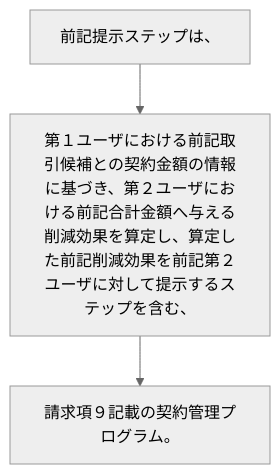
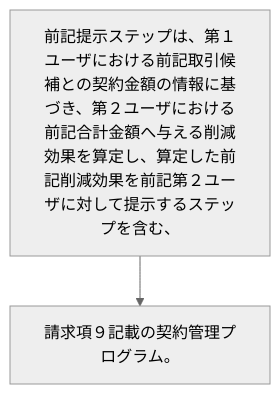
Before and after one commit to shinmori55/patent_analyzed: the diagram in 2024/JP2024014095A/claim_10/README.md, drawn with Mermaid (neutral theme). The commit also changed 336 other files, not shown here.

````diff
--- a/2024/JP2024014095A/claim_10/README.md
+++ b/2024/JP2024014095A/claim_10/README.md
@@ -3,8 +3,6 @@
 ```mermaid
 flowchart TD
-A[前記提示ステップは、]
-B[第１ユーザにおける前記取引候補との契約金額の情報に基づき、第２ユーザにおける前記合計金額へ与える削減効果を算定し、算定した前記削減効果を前記第２ユーザに対して提示するステップを含む、]
-C[請求項９記載の契約管理プログラム。]
+A[前記提示ステップは、第１ユーザにおける前記取引候補との契約金額の情報に基づき、第２ユーザにおける前記合計金額へ与える削減効果を算定し、算定した前記削減効果を前記第２ユーザに対して提示するステップを含む、]
+B[請求項９記載の契約管理プログラム。]
 A --> B
-B --> C
 ```
````
